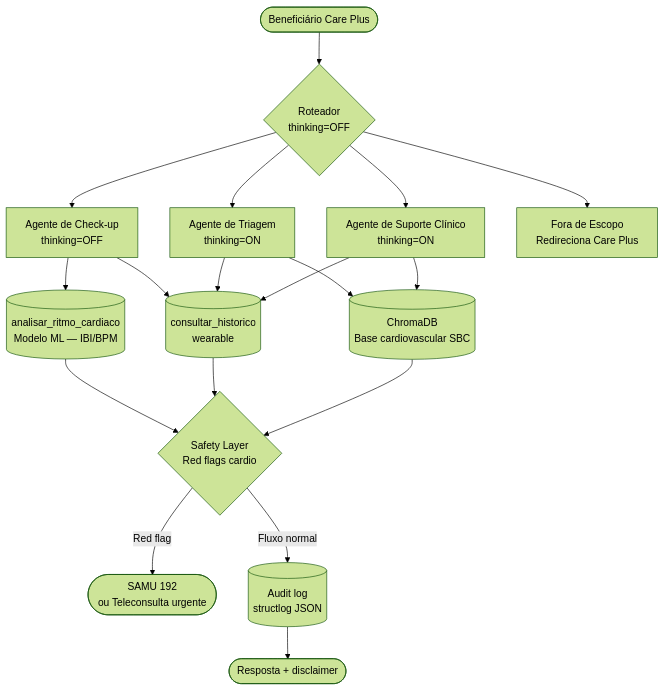
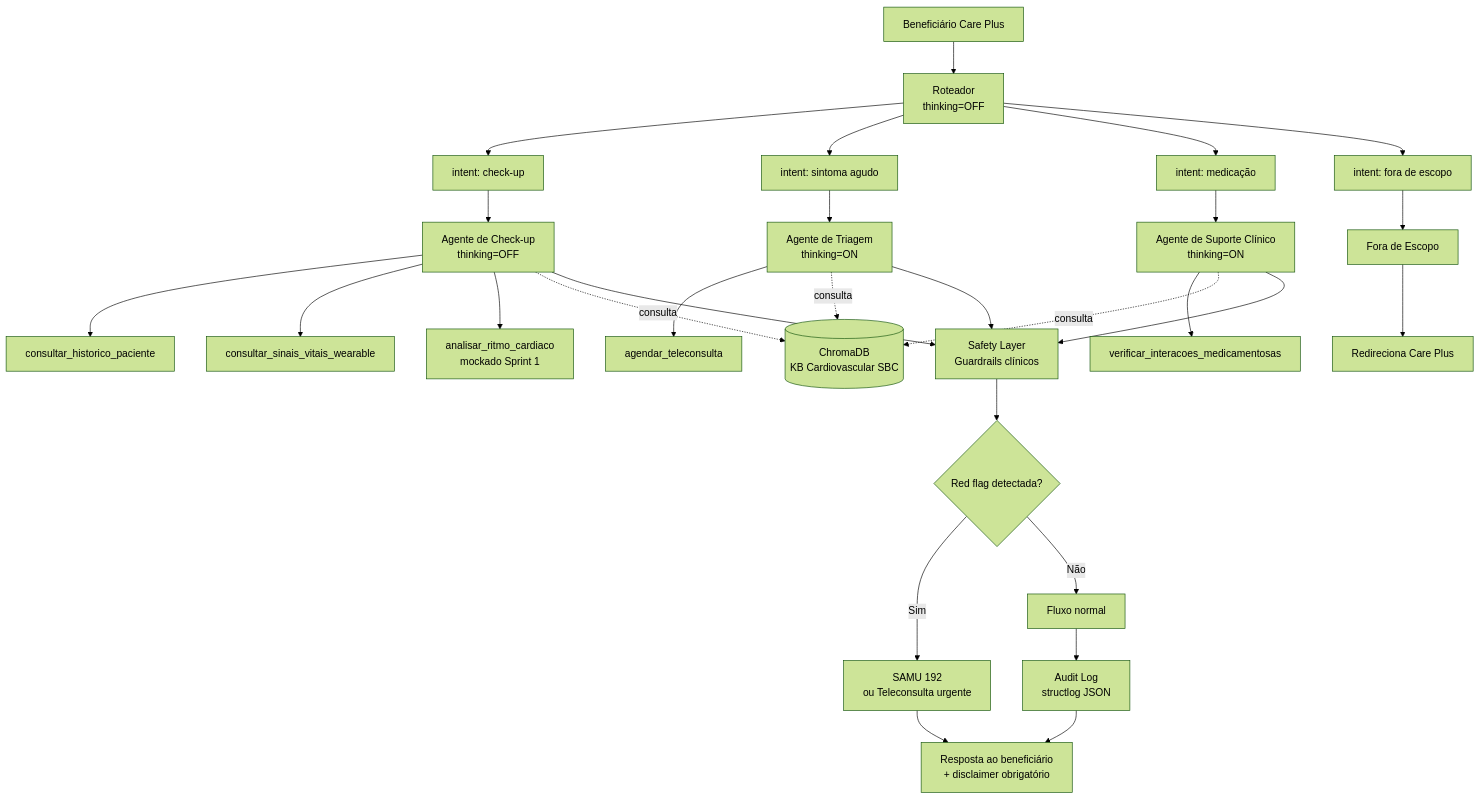
Before and after one commit to GabrielAugustoT800/BluaDiagnostics_Sprint: the diagram in README.md, drawn with Mermaid (forest theme). The commit also changed other lines of this file and 6 other files, not shown here.

````diff
--- a/README.md
+++ b/README.md
@@ -88,26 +88,87 @@
 ```mermaid
 flowchart TD
-    Usuario([Beneficiário Care Plus]) --> Roteador{Roteador\nthinking=OFF}
 
-    Roteador --> Checkup[Agente de Check-up\nthinking=OFF]
-    Roteador --> Triagem[Agente de Triagem\nthinking=ON]
-    Roteador --> Suporte[Agente de Suporte Clínico\nthinking=ON]
-    Roteador --> ForaEscopo[Fora de Escopo\nRedireciona Care Plus]
+%% =========================
+%% Entrada
+%% =========================
 
-    Checkup --> ML[(analisar_ritmo_cardiaco\nModelo ML — IBI/BPM)]
-    Checkup --> Tools[(consultar_historico\nwearable)]
+A[Beneficiário Care Plus] --> B[Roteador<br/>thinking=OFF]
 
-    Triagem --> RAG[(ChromaDB\nBase cardiovascular SBC)]
-    Triagem --> Tools
+%% =========================
+%% Intenções
+%% =========================
 
-    Suporte --> RAG
-    Suporte --> Tools
+B --> C1[intent: check-up]
+B --> C2[intent: sintoma agudo]
+B --> C3[intent: medicação]
+B --> C4[intent: fora de escopo]
 
-    ML --> Safety{Safety Layer\nRed flags cardio}
-    Tools --> Safety
-    RAG --> Safety
+%% =========================
+%% Fluxos principais
+%% =========================
 
-    Safety -->|Red flag| Escalada([SAMU 192\nou Teleconsulta urgente])
-    Safety -->|Fluxo normal| Audit[(Audit log\nstructlog JSON)]
-    Audit --> Resposta([Resposta + disclaimer])
+C1 --> D1[Agente de Check-up<br/>thinking=OFF]
+C2 --> D2[Agente de Triagem<br/>thinking=ON]
+C3 --> D3[Agente de Suporte Clínico<br/>thinking=ON]
+C4 --> D4[Fora de Escopo]
+
+%% =========================
+%% Fora de escopo
+%% =========================
+
+D4 --> D5[Redireciona Care Plus]
+
+%% =========================
+%% Ferramentas do Check-up
+%% =========================
+
+D1 --> T1[consultar_historico_paciente]
+D1 --> T2[consultar_sinais_vitais_wearable]
+D1 --> T3[analisar_ritmo_cardiaco<br/>mockado Sprint 1]
+
+%% =========================
+%% Ferramentas clínicas
+%% =========================
+
+D2 --> T4[agendar_teleconsulta]
+D3 --> T5[verificar_interacoes_medicamentosas]
+
+%% =========================
+%% Base de conhecimento
+%% =========================
+
+KB[(ChromaDB<br/>KB Cardiovascular SBC)]
+
+D1 -. consulta .-> KB
+D2 -. consulta .-> KB
+D3 -. consulta .-> KB
+
+%% =========================
+%% Safety Layer
+%% =========================
+
+SL[Safety Layer<br/>Guardrails clínicos]
+
+D1 --> SL
+D2 --> SL
+D3 --> SL
+
+%% =========================
+%% Red flags
+%% =========================
+
+SL --> RF{Red flag detectada?}
+
+RF -->|Sim| EM[SAMU 192<br/>ou Teleconsulta urgente]
+RF -->|Não| FN[Fluxo normal]
+
+%% =========================
+%% Saída
+%% =========================
+
+FN --> LOG[Audit Log<br/>structlog JSON]
+
+LOG --> RESP[Resposta ao beneficiário<br/>+ disclaimer obrigatório]
+
+EM --> RESP
 ```
````
